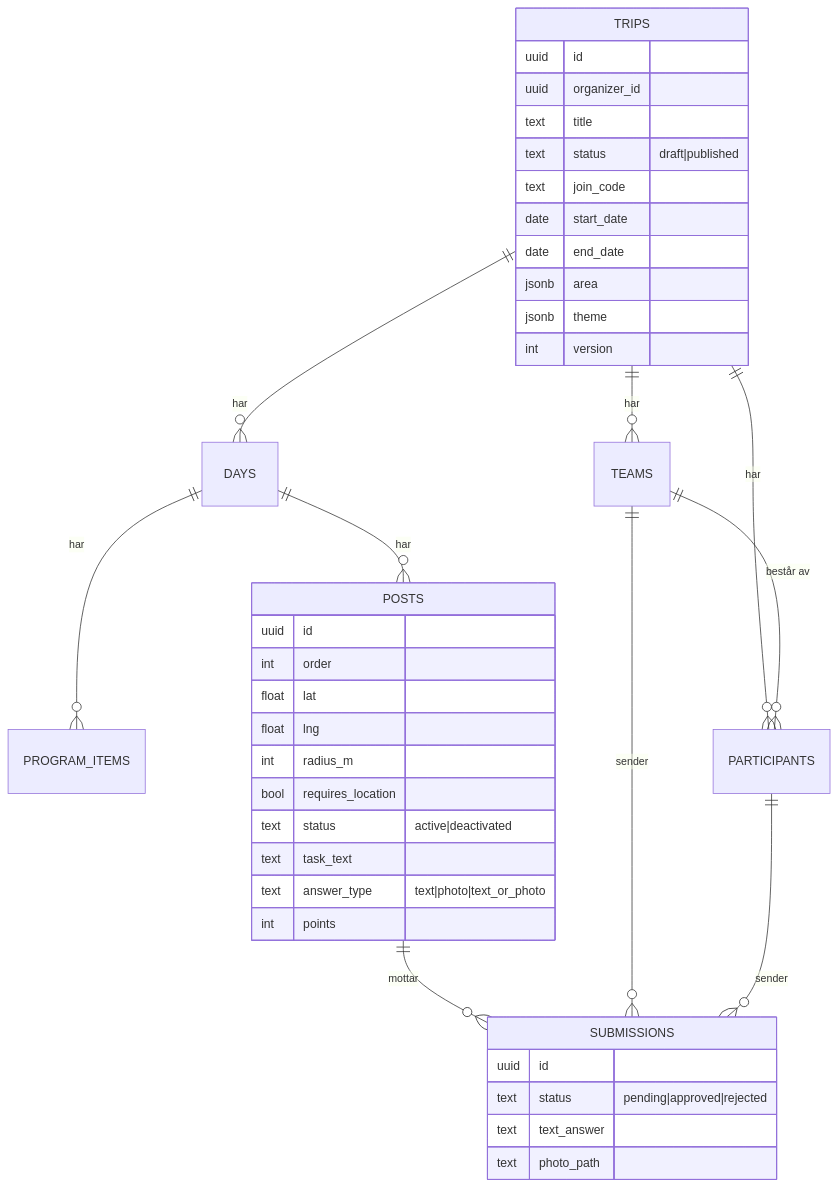
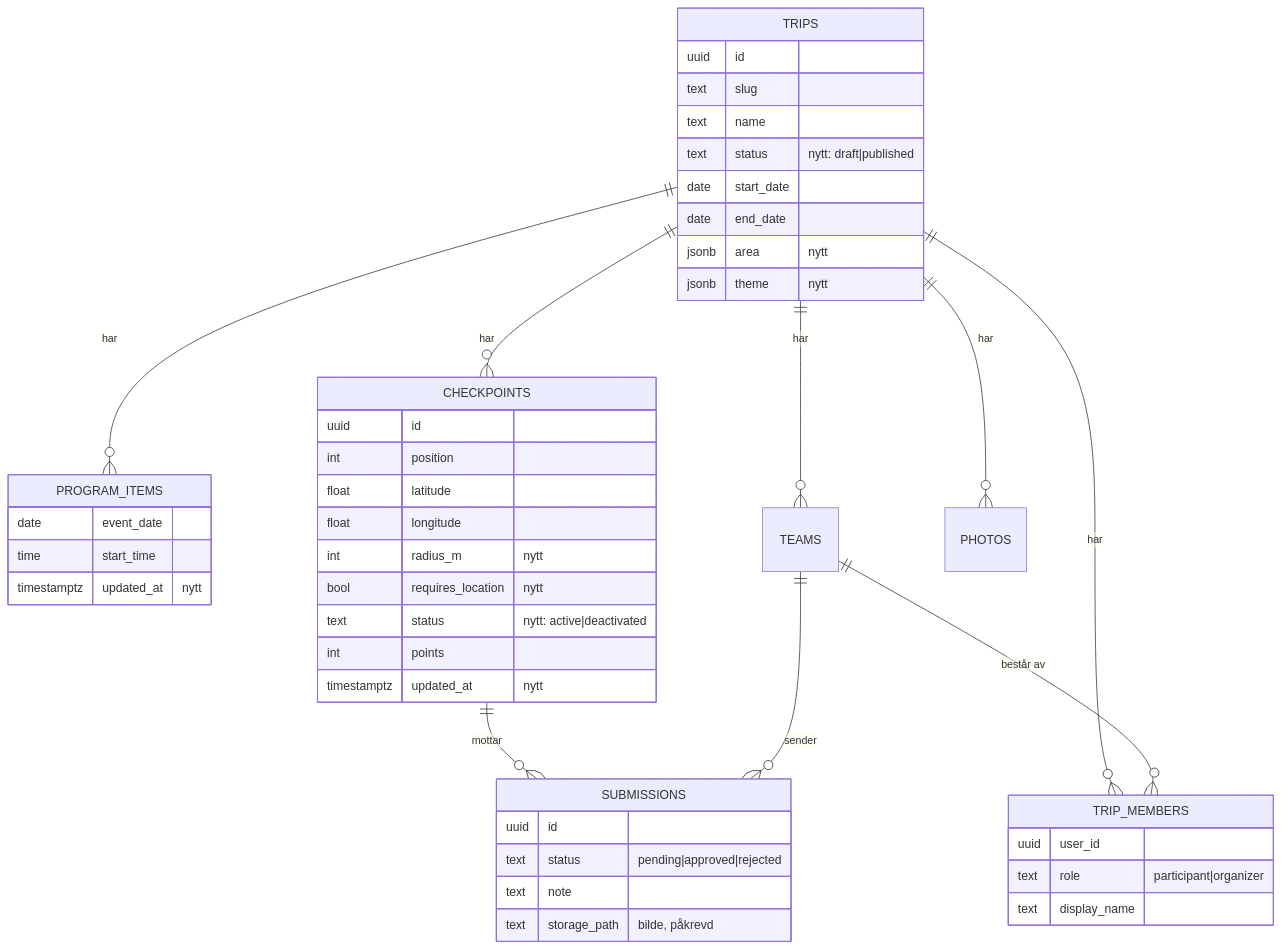
One commit to IBE160-2026/G128-johansen-rena changed the second of 3 diagrams in planning-artifacts/architecture/architecture-G128-johansen-rena-2026-10-28/ARCHITECTURE-SPINE.md. Above: the diagram before and after it, drawn with Mermaid. The commit also changed other lines of this file and 5 other files, not shown here.

````diff
--- a/planning-artifacts/architecture/architecture-G128-johansen-rena-2026-10-28/ARCHITECTURE-SPINE.md
+++ b/planning-artifacts/architecture/architecture-G128-johansen-rena-2026-10-28/ARCHITECTURE-SPINE.md
@@ -185,42 +186,48 @@
 ```mermaid
 erDiagram
-  TRIPS ||--o{ DAYS : har
-  DAYS ||--o{ PROGRAM_ITEMS : har
-  DAYS ||--o{ POSTS : har
+  TRIPS ||--o{ PROGRAM_ITEMS : har
+  TRIPS ||--o{ CHECKPOINTS : har
   TRIPS ||--o{ TEAMS : har
-  TRIPS ||--o{ PARTICIPANTS : har
-  TEAMS ||--o{ PARTICIPANTS : "består av"
-  POSTS ||--o{ SUBMISSIONS : mottar
+  TRIPS ||--o{ TRIP_MEMBERS : har
+  TEAMS ||--o{ TRIP_MEMBERS : "består av"
+  CHECKPOINTS ||--o{ SUBMISSIONS : mottar
   TEAMS ||--o{ SUBMISSIONS : sender
-  PARTICIPANTS ||--o{ SUBMISSIONS : sender
+  TRIPS ||--o{ PHOTOS : har
   TRIPS {
     uuid id
-    uuid organizer_id
-    text title
-    text status "draft|published"
-    text join_code
+    text slug
+    text name
+    text status "nytt: draft|published"
     date start_date
     date end_date
-    jsonb area
-    jsonb theme
-    int version
+    jsonb area "nytt"
+    jsonb theme "nytt"
   }
-  POSTS {
+  TRIP_MEMBERS {
+    uuid user_id
+    text role "participant|organizer"
+    text display_name
+  }
+  PROGRAM_ITEMS {
+    date event_date
+    time start_time
+    timestamptz updated_at "nytt"
+  }
+  CHECKPOINTS {
     uuid id
-    int order
-    float lat
-    float lng
-    int radius_m
-    bool requires_location
-    text status "active|deactivated"
-    text task_text
-    text answer_type "text|photo|text_or_photo"
+    int position
+    float latitude
+    float longitude
+    int radius_m "nytt"
+    bool requires_location "nytt"
+    text status "nytt: active|deactivated"
     int points
+    timestamptz updated_at "nytt"
   }
   SUBMISSIONS {
     uuid id
     text status "pending|approved|rejected"
-    text text_answer
-    text photo_path
+    text note
+    text storage_path "bilde, påkrevd"
   }
 ```
````
